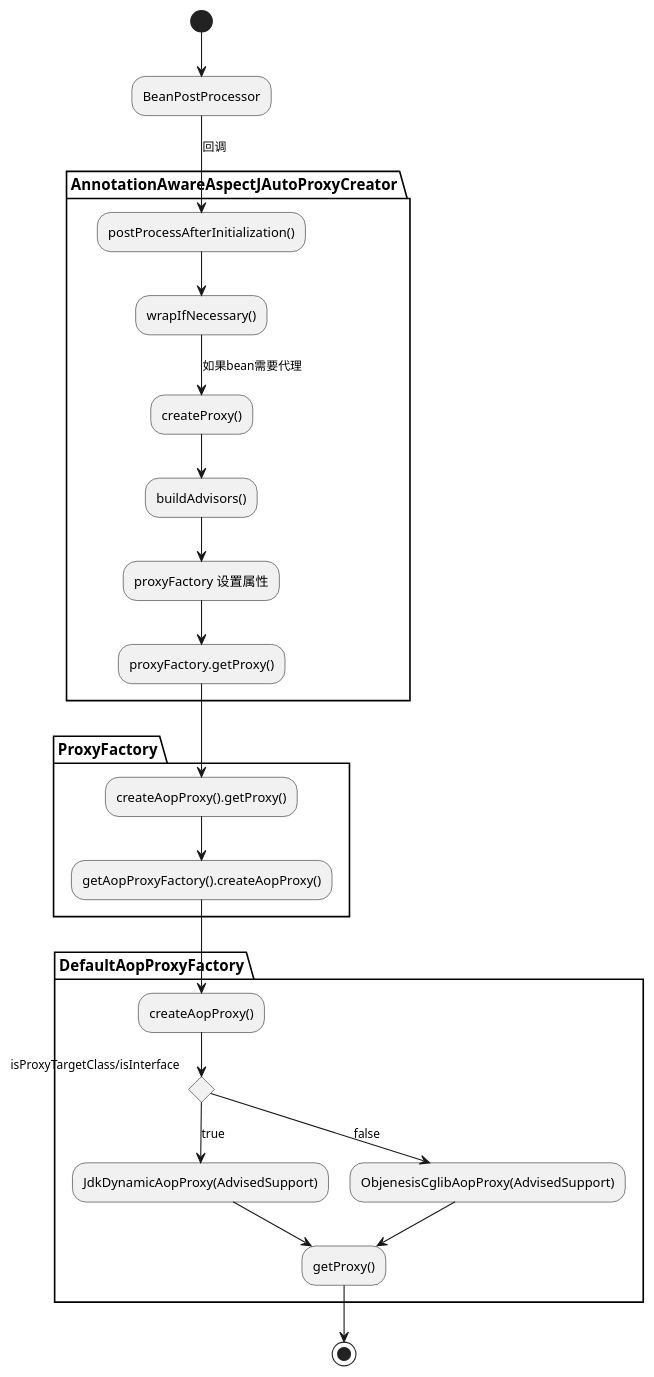
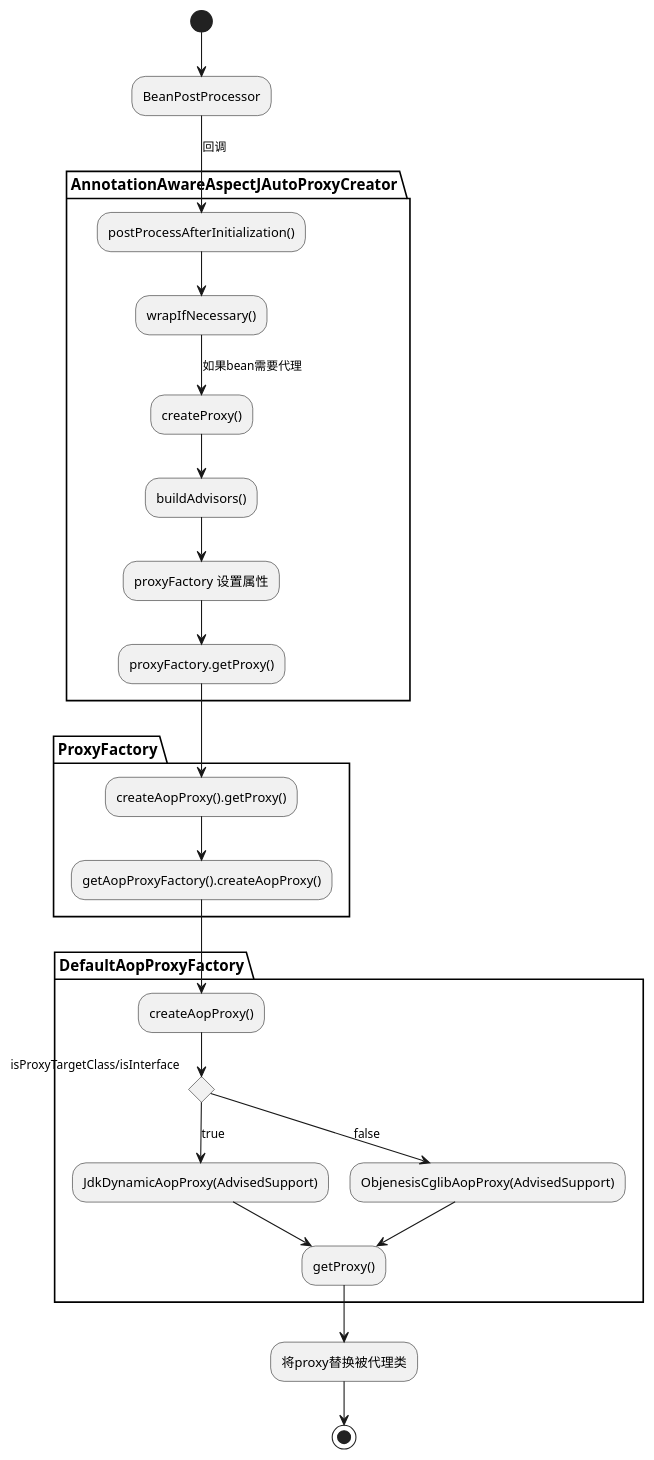
Before and after one commit to chenweixuanJokes/AnalysisAop: the diagram in doc/AnnotationAwareAspectJAutoProxyCreator.puml, drawn with PlantUML.

```diff
--- a/doc/AnnotationAwareAspectJAutoProxyCreator.puml
+++ b/doc/AnnotationAwareAspectJAutoProxyCreator.puml
@@ -1,27 +1,27 @@
 @startuml
 (*)  --> BeanPostProcessor
 partition AnnotationAwareAspectJAutoProxyCreator {
     --> [回调] postProcessAfterInitialization()
     -->  wrapIfNecessary()
     --> [如果bean需要代理] createProxy()
     --> buildAdvisors()
     --> proxyFactory 设置属性
     --> proxyFactory.getProxy()
 }
 partition ProxyFactory {
     --> createAopProxy().getProxy()
     --> getAopProxyFactory().createAopProxy()
 }
 partition DefaultAopProxyFactory {
     --> createAopProxy()
     If isProxyTargetClass/isInterface then
     --> [true] JdkDynamicAopProxy(AdvisedSupport)
     --> getProxy()
     else
     --> [false] ObjenesisCglibAopProxy(AdvisedSupport)
     Endif
     --> getProxy()
 }
-
+-->将proxy替换被代理类
 -->(*)
 @enduml
```
